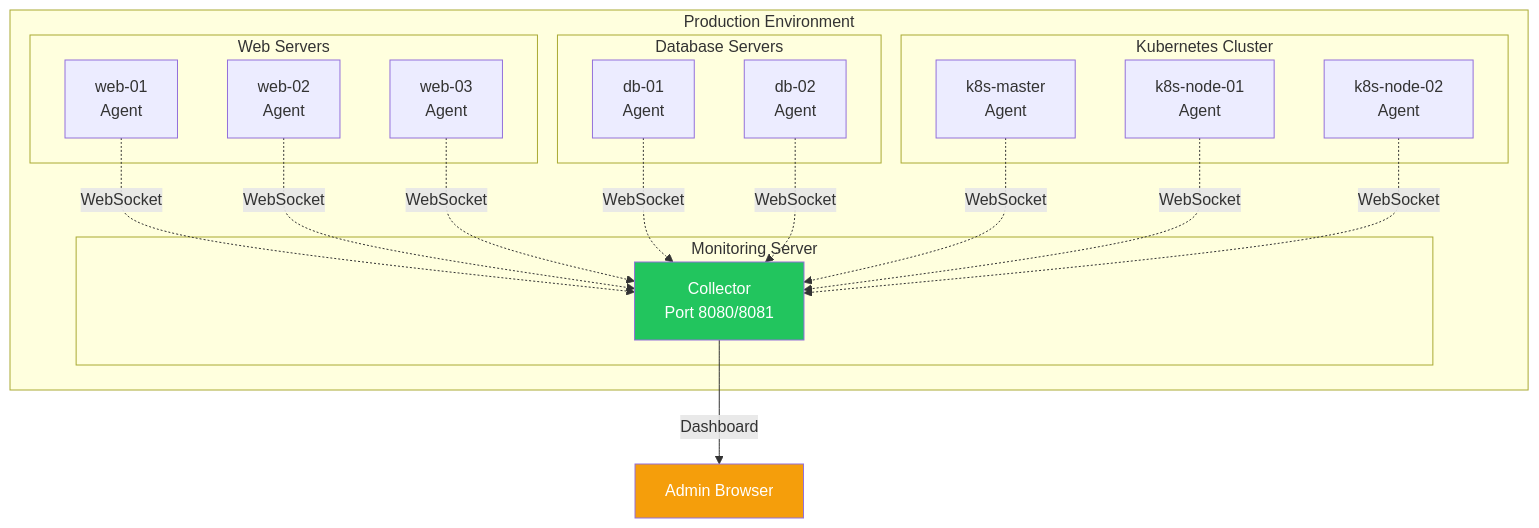
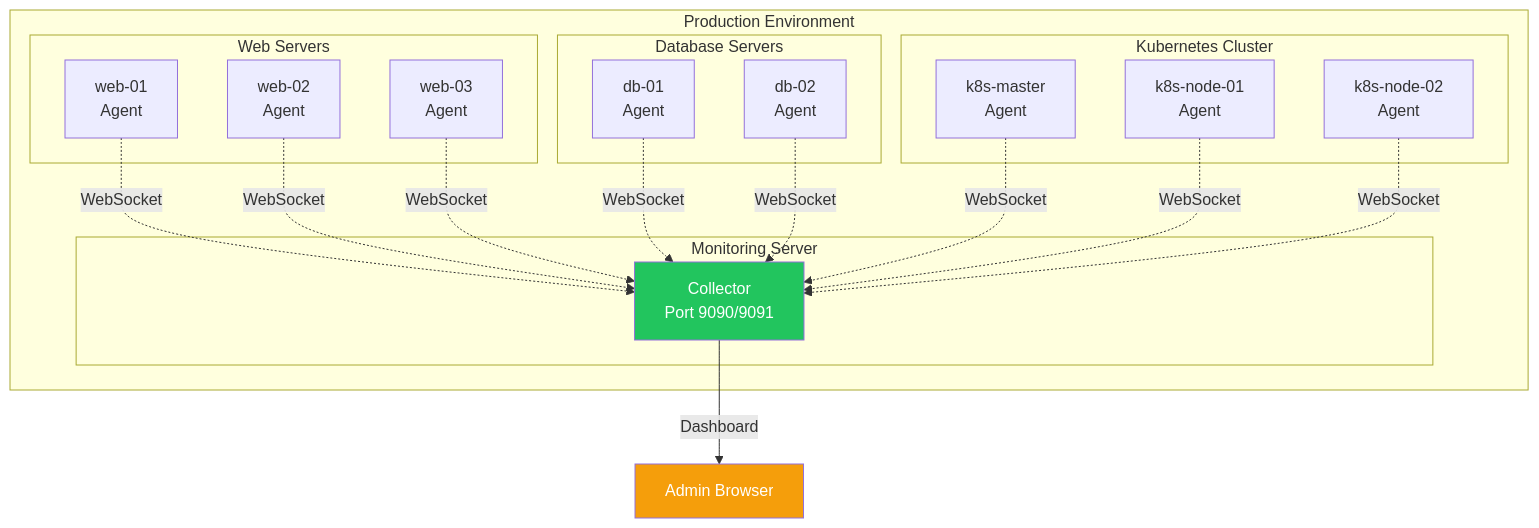
Before and after one commit to nerdpitchcloud/blinky: the fifth of 5 diagrams in README.md, drawn with Mermaid. The commit also changed other lines of this file and 8 other files, not shown here.

````diff
--- a/README.md
+++ b/README.md
@@ -125,39 +125,39 @@
 ```mermaid
 graph TB
     subgraph "Production Environment"
         subgraph "Web Servers"
             W1[web-01<br/>Agent]
             W2[web-02<br/>Agent]
             W3[web-03<br/>Agent]
         end
         
         subgraph "Database Servers"
             D1[db-01<br/>Agent]
             D2[db-02<br/>Agent]
         end
         
         subgraph "Kubernetes Cluster"
             K1[k8s-master<br/>Agent]
             K2[k8s-node-01<br/>Agent]
             K3[k8s-node-02<br/>Agent]
         end
         
         subgraph "Monitoring Server"
-            COL[Collector<br/>Port 8080/8081]
+            COL[Collector<br/>Port 9090/9091]
         end
     end
     
     W1 -.->|WebSocket| COL
     W2 -.->|WebSocket| COL
     W3 -.->|WebSocket| COL
     D1 -.->|WebSocket| COL
     D2 -.->|WebSocket| COL
     K1 -.->|WebSocket| COL
     K2 -.->|WebSocket| COL
     K3 -.->|WebSocket| COL
     
     COL -->|Dashboard| ADMIN[Admin Browser]
     
     style COL fill:#22c55e,color:#fff
     style ADMIN fill:#f59e0b,color:#fff
 ```
````
